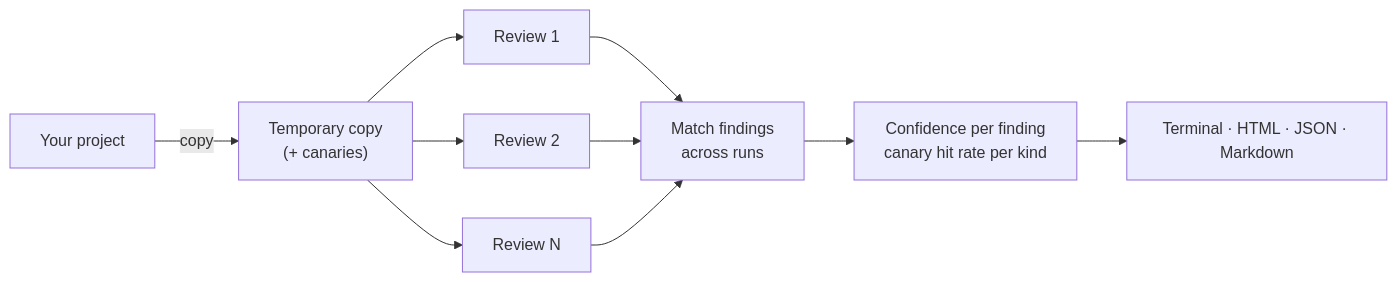
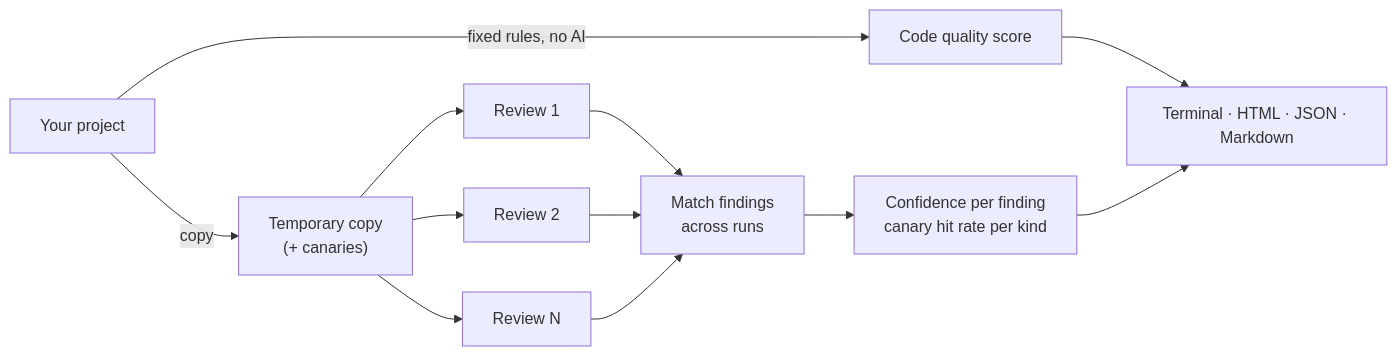
Before and after one commit to DerChris2011/coinflip: the diagram in README.md, drawn with Mermaid. The commit also changed other lines of this file and 31 other files, not shown here.

First line of the commit message:
Add deterministic code quality score (v0.4.0)

````diff
--- a/README.md
+++ b/README.md
@@ -288,12 +336,14 @@
 ```mermaid
 flowchart LR
     P["Your project"] -- "copy" --> C["Temporary copy<br/>(+ canaries)"]
     C --> R1["Review 1"]
     C --> R2["Review 2"]
     C --> RN["Review N"]
     R1 --> M["Match findings<br/>across runs"]
     R2 --> M
     RN --> M
+    P -- "fixed rules, no AI" --> Q["Code quality score"]
     M --> S["Confidence per finding<br/>canary hit rate per kind"]
+    Q --> O
     S --> O["Terminal · HTML · JSON · Markdown"]
 ```
````
